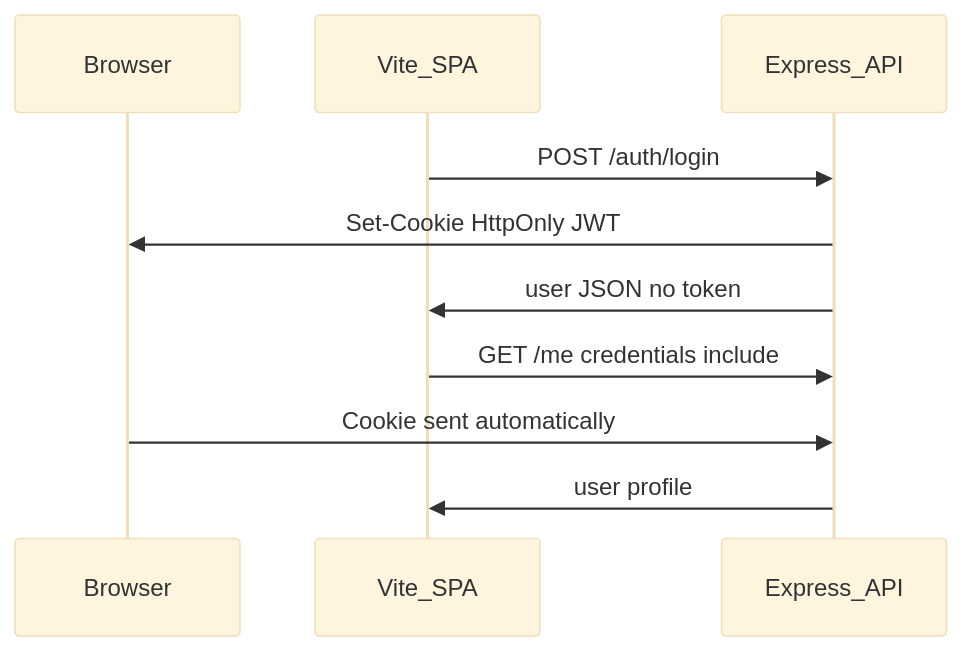
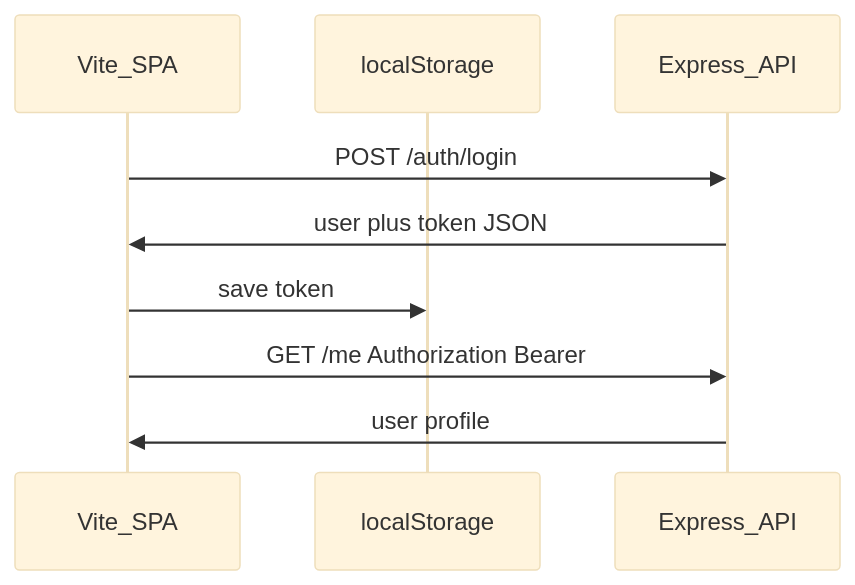
Before and after one commit to AnuragAmbekar741/community-workers-tool: the first of 3 diagrams in server/docs/architecture.md, drawn with Mermaid (base theme). The commit also changed other lines of this file and 23 other files, not shown here.

Commit message:
server cookie to local storage

````diff
--- a/server/docs/architecture.md
+++ b/server/docs/architecture.md
@@ -38,13 +38,12 @@
 ```mermaid
 sequenceDiagram
-  participant Browser
   participant SPA as Vite_SPA
+  participant LS as localStorage
   participant API as Express_API
 
   SPA->>API: POST /auth/login
-  API->>Browser: Set-Cookie HttpOnly JWT
-  API->>SPA: user JSON no token
-  SPA->>API: GET /me credentials include
-  Browser->>API: Cookie sent automatically
+  API->>SPA: user plus token JSON
+  SPA->>LS: save token
+  SPA->>API: GET /me Authorization Bearer
   API->>SPA: user profile
 ```
````
